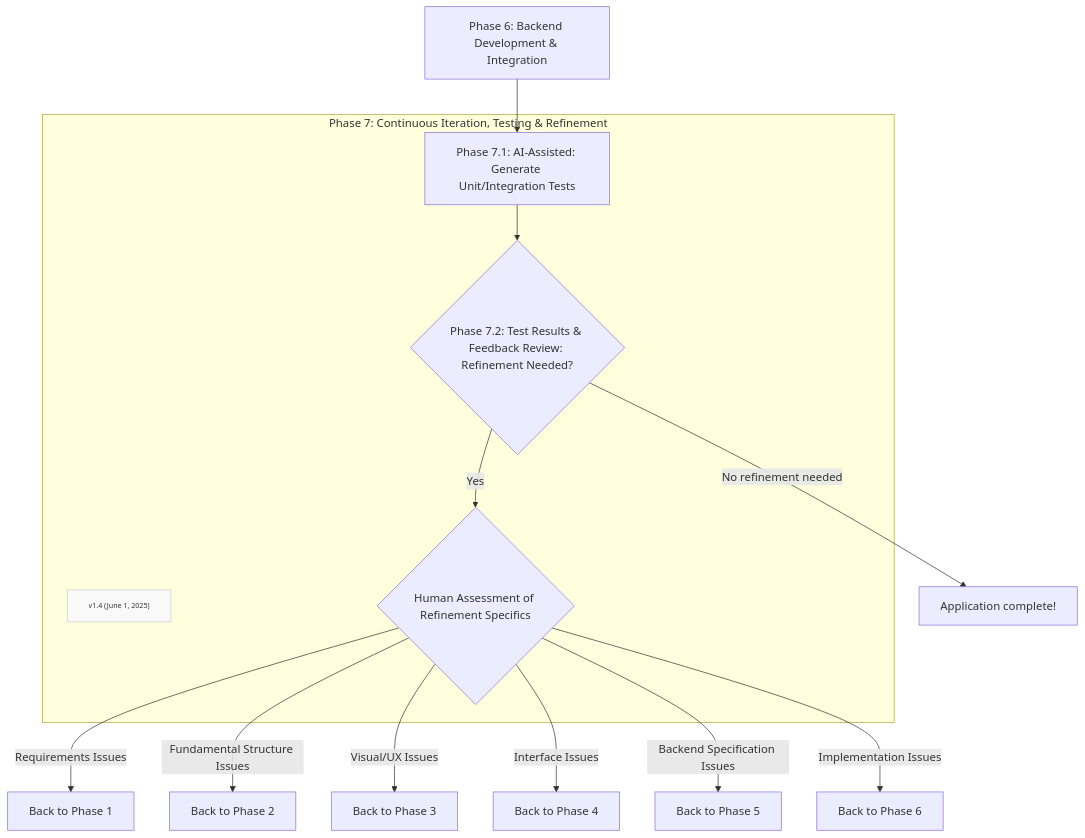
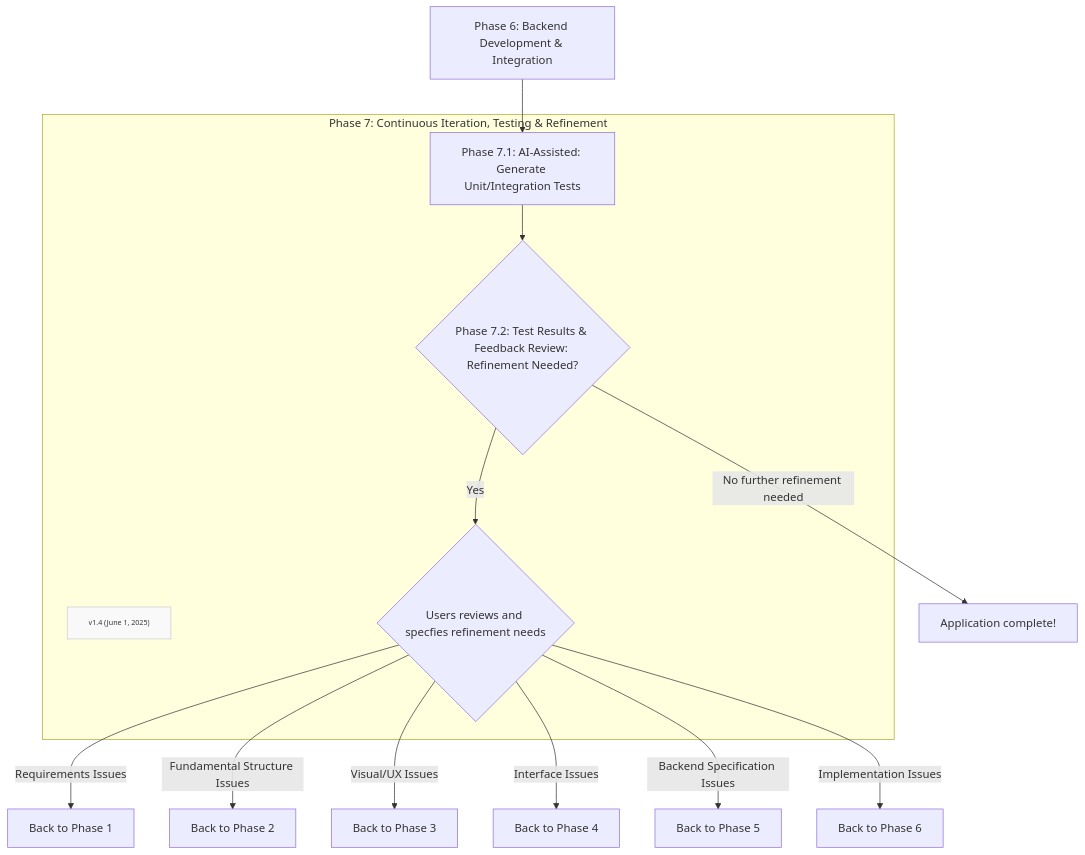
The diagram in Method/FF-phase7.md (Mharbulous/Front-First-Method), drawn with Mermaid before and after one commit.

Commit message:
refined diagram 7

````diff
--- a/Method/FF-phase7.md
+++ b/Method/FF-phase7.md
@@ -1,22 +1,22 @@
 ```mermaid
 graph TD
     Phase6["Phase 6: Backend Development & Integration"] --> Phase7_1
 
     subgraph Phase7 ["Phase 7: Continuous Iteration, Testing & Refinement"]
         Version["v1.4 (June 1, 2025)"]
         classDef version fill:#f9f9f9,stroke:#ccc,font-size:10px
         class Version version
         Phase7_1["Phase 7.1: AI-Assisted: Generate Unit/Integration Tests"] --> Phase7_2{"Phase 7.2: Test Results & Feedback Review: Refinement Needed?"} 
-        Phase7_2 --> |Yes|RefineDecision{"Human Assessment of Refinement Specifics"}
+        Phase7_2 --> |Yes|RefineDecision{"Users reviews and specfies refinement needs"}
         
     end
 
-Phase7_2 -->  |No refinement needed|AllGood["Application complete!"]       
+Phase7_2 -->  |No further refinement needed|AllGood["Application complete!"]       
 RefineDecision -->|Requirements Issues| Back2Phase1["Back to Phase 1"]
 RefineDecision -->|Fundamental Structure Issues| Back2Phase2["Back to Phase 2"]
 RefineDecision -->|Visual/UX Issues| Back2Phase3["Back to Phase 3"]
 RefineDecision -->|Interface Issues| Back2Phase4["Back to Phase 4"]
 RefineDecision -->|Backend Specification Issues| Back2Phase5["Back to Phase 5"]
 RefineDecision -->|Implementation Issues| Back2Phase6["Back to Phase 6"]
 
 ```
````
